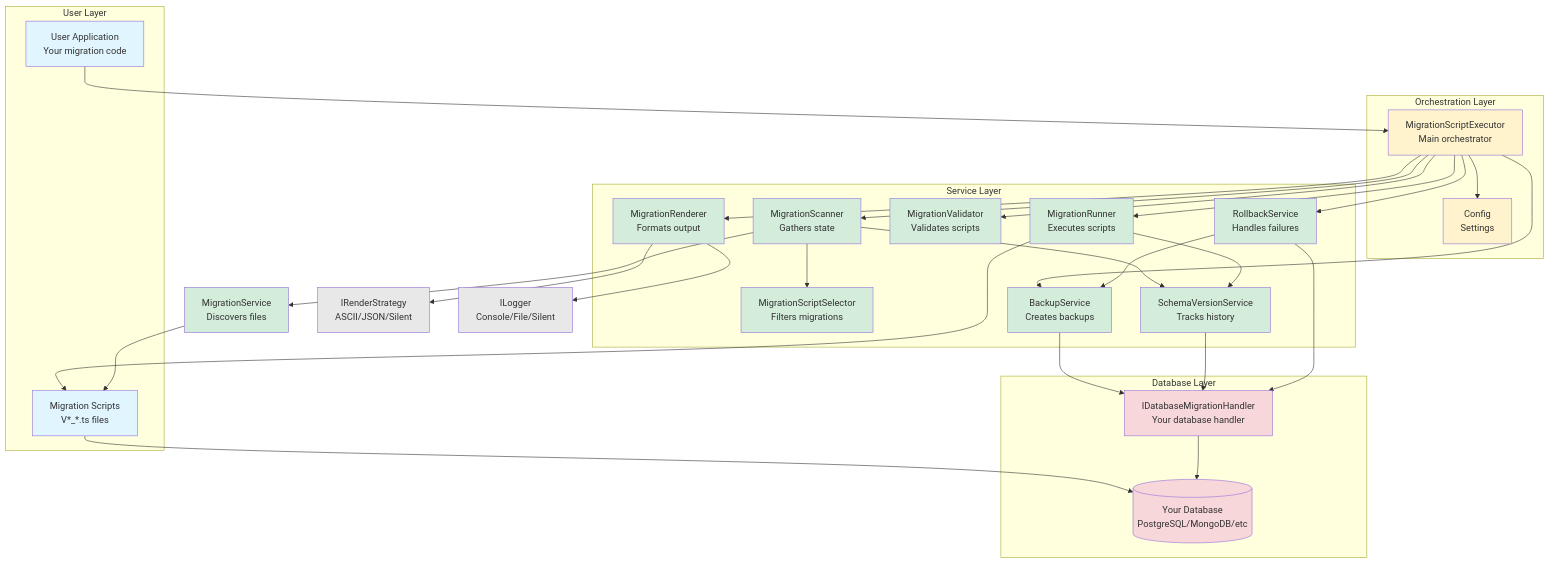
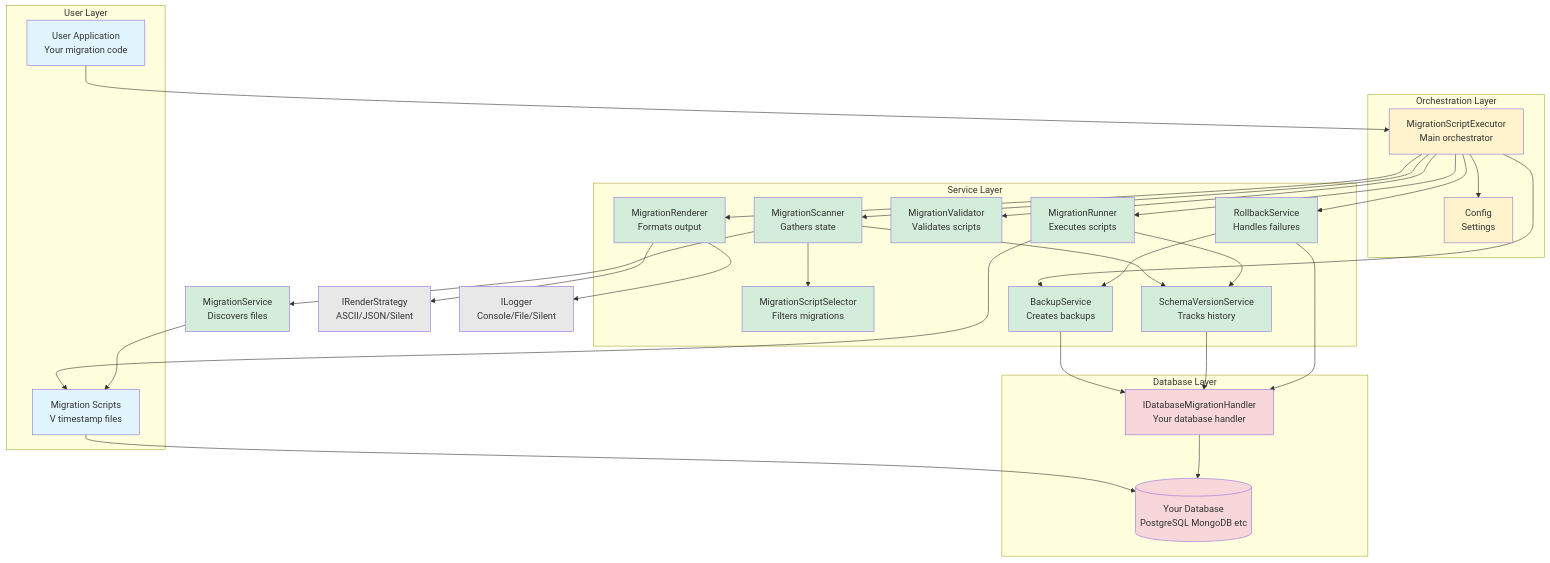
One commit to vlavrynovych/msr changed the diagram in docs/development/architecture/components.md. Above: the diagram before and after it, drawn with Mermaid. The commit also changed 6 other files, not shown here.

First line of the commit message:
#64: Fix Mermaid diagram syntax for version 9.1.3 compatibility

````diff
--- a/docs/development/architecture/components.md
+++ b/docs/development/architecture/components.md
@@ -26,74 +26,74 @@
 ```mermaid
 graph TB
     subgraph "User Layer"
         App[User Application<br/>Your migration code]
-        Scripts[Migration Scripts<br/>V*_*.ts files]
+        Scripts[Migration Scripts<br/>V timestamp files]
     end
 
     subgraph "Orchestration Layer"
         Executor[MigrationScriptExecutor<br/>Main orchestrator]
         Config[Config<br/>Settings]
     end
 
     subgraph "Service Layer"
         Scanner[MigrationScanner<br/>Gathers state]
         Selector[MigrationScriptSelector<br/>Filters migrations]
         Runner[MigrationRunner<br/>Executes scripts]
         Validator[MigrationValidator<br/>Validates scripts]
         Backup[BackupService<br/>Creates backups]
         Schema[SchemaVersionService<br/>Tracks history]
         Rollback[RollbackService<br/>Handles failures]
         Renderer[MigrationRenderer<br/>Formats output]
     end
 
     subgraph "Database Layer"
         Handler[IDatabaseMigrationHandler<br/>Your database handler]
-        DB[(Your Database<br/>PostgreSQL/MongoDB/etc)]
+        DB[(Your Database<br/>PostgreSQL MongoDB etc)]
     end
 
     App --> Executor
     Executor --> Config
     Executor --> Scanner
     Executor --> Validator
     Executor --> Backup
     Executor --> Rollback
     Executor --> Renderer
 
     Scanner --> Selector
     Scanner --> Schema
     Scanner --> MigrationService[MigrationService<br/>Discovers files]
 
     Executor --> Runner
     Runner --> Scripts
     Runner --> Schema
 
     Backup --> Handler
     Schema --> Handler
     Rollback --> Handler
     Rollback --> Backup
     MigrationService --> Scripts
 
     Scripts --> DB
     Handler --> DB
 
     Renderer --> Strategy[IRenderStrategy<br/>ASCII/JSON/Silent]
     Renderer --> Logger[ILogger<br/>Console/File/Silent]
 
     style App fill:#e1f5ff
     style Scripts fill:#e1f5ff
     style Executor fill:#fff3cd
     style Config fill:#fff3cd
     style Scanner fill:#d4edda
     style Selector fill:#d4edda
     style Runner fill:#d4edda
     style Validator fill:#d4edda
     style Backup fill:#d4edda
     style Schema fill:#d4edda
     style Rollback fill:#d4edda
     style Renderer fill:#d4edda
     style MigrationService fill:#d4edda
     style Handler fill:#f8d7da
     style DB fill:#f8d7da
     style Strategy fill:#e8e8e8
     style Logger fill:#e8e8e8
 ```
````
